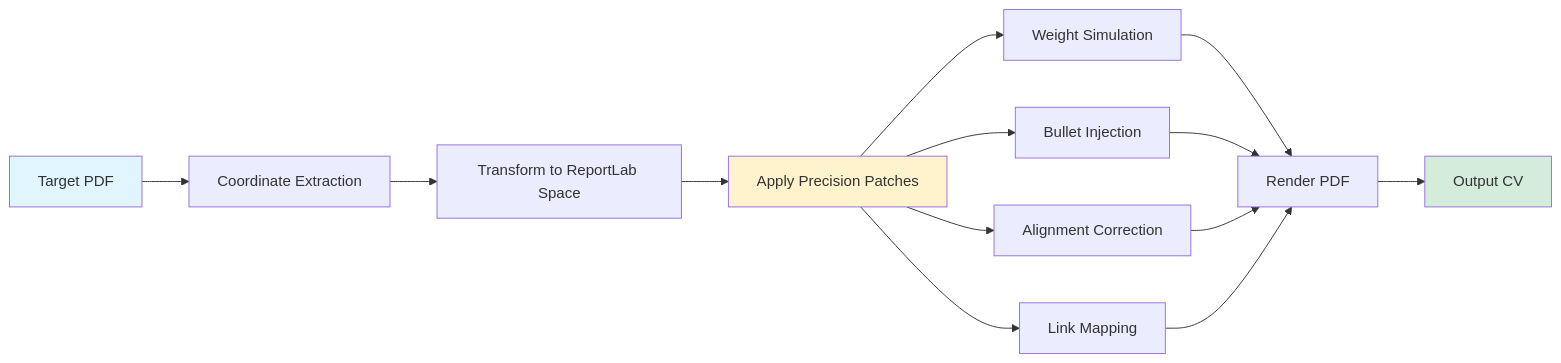
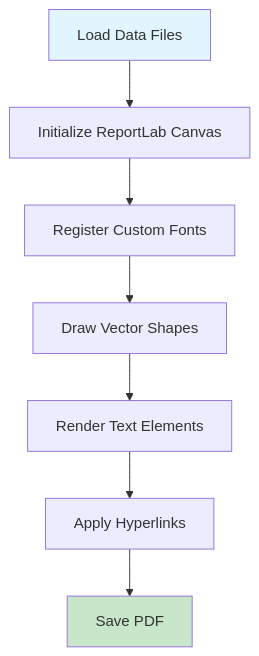
One commit to nicolasfredesfranco/CV_2 changed the diagram in README.md. Above: the diagram before and after it, drawn with Mermaid. The commit also changed other lines of this file and 36 other files, not shown here.

````diff
--- a/README.md
+++ b/README.md
@@ -124,22 +128,12 @@
 ```mermaid
-graph LR
-    A[Target PDF] --> B[Coordinate Extraction]
-    B --> C[Transform to ReportLab Space]
-    C --> D[Apply Precision Patches]
-   
- D --> E1[Weight Simulation]
-    D --> E2[Bullet Injection]
-    D --> E3[Alignment Correction]
-    D --> E4[Link Mapping]
-    
-    E1 --> F[Render PDF]
-    E2 --> F
-    E3 --> F
-    E4 --> F
-    
-    F --> G[Output CV]
+graph TD
+    A[Load Data Files] --> B[Initialize ReportLab Canvas]
+    B --> C[Register Custom Fonts]
+    C --> D[Draw Vector Shapes]
+    D --> E[Render Text Elements]
+    E --> F[Apply Hyperlinks]
+    F --> G[Save PDF]
     
     style A fill:#e1f5ff
-    style G fill:#d4edda
-    style D fill:#fff3cd
+    style G fill:#c8e6c9
 ```
````
